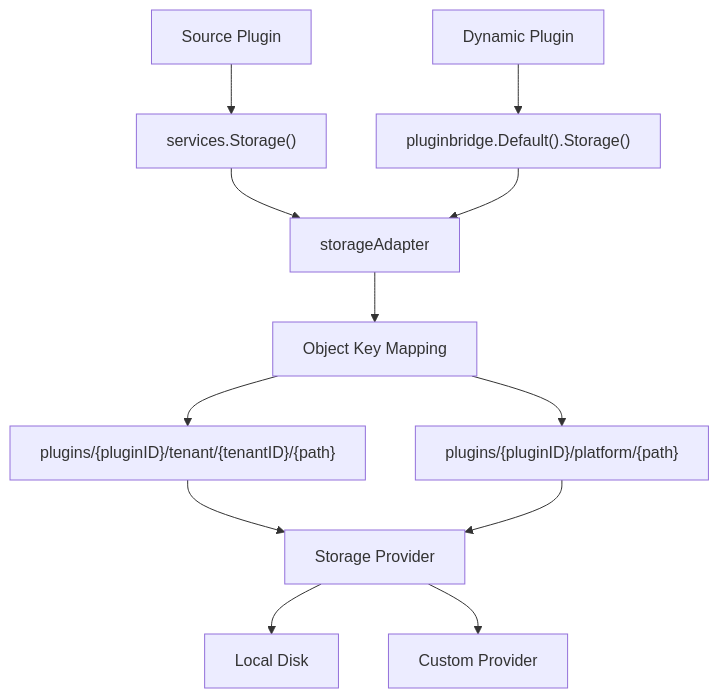
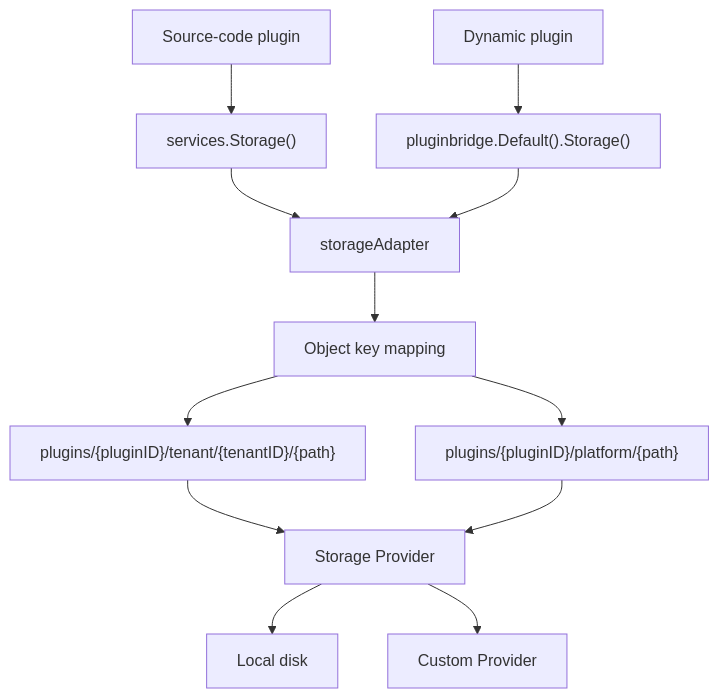
The first of 2 diagrams in apps/lina-site/i18n/en/docusaurus-plugin-content-docs/current/docs/3000-domain-capabilities/8600-storage.md (linaproai/linapro-site), drawn with Mermaid before and after one commit. The commit also changed other lines of this file and 31 other files, not shown here.

````diff
--- a/apps/lina-site/i18n/en/docusaurus-plugin-content-docs/current/docs/3000-domain-capabilities/8600-storage.md
+++ b/apps/lina-site/i18n/en/docusaurus-plugin-content-docs/current/docs/3000-domain-capabilities/8600-storage.md
@@ -42,14 +43,14 @@
 ```mermaid
 graph TB
-    Source["Source Plugin"] --> Storage["services.Storage()"]
-    Dynamic["Dynamic Plugin"] --> Guest["pluginbridge.Default().Storage()"]
+    Source["Source-code plugin"] --> Storage["services.Storage()"]
+    Dynamic["Dynamic plugin"] --> Guest["pluginbridge.Default().Storage()"]
     Storage --> Adapter["storageAdapter"]
     Guest --> Adapter
-    Adapter --> Key["Object Key Mapping"]
+    Adapter --> Key["Object key mapping"]
     Key --> TenantKey["plugins/{pluginID}/tenant/{tenantID}/{path}"]
     Key --> PlatformKey["plugins/{pluginID}/platform/{path}"]
     TenantKey --> Provider["Storage Provider"]
     PlatformKey --> Provider
-    Provider --> Local["Local Disk"]
+    Provider --> Local["Local disk"]
     Provider --> Custom["Custom Provider"]
 ```
````
